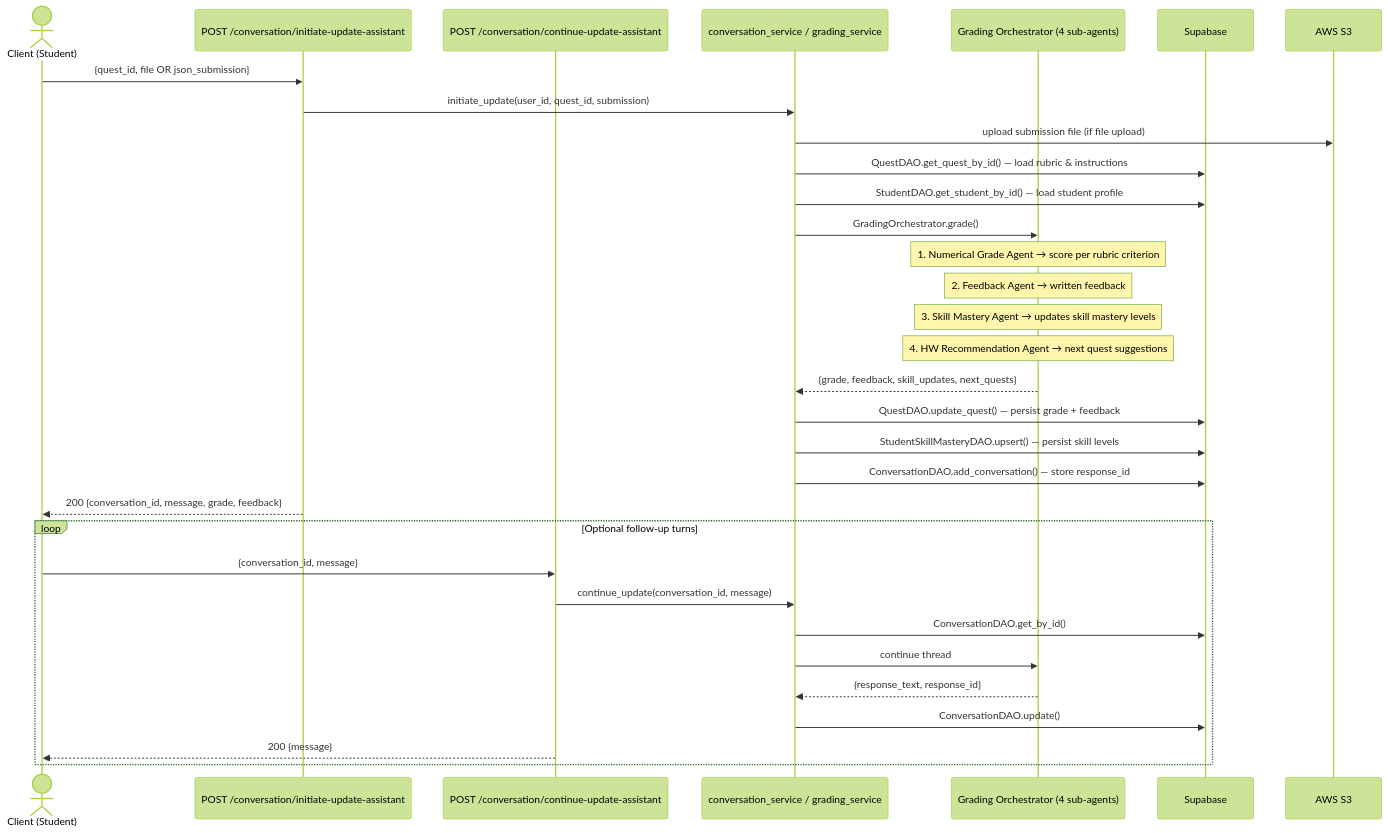
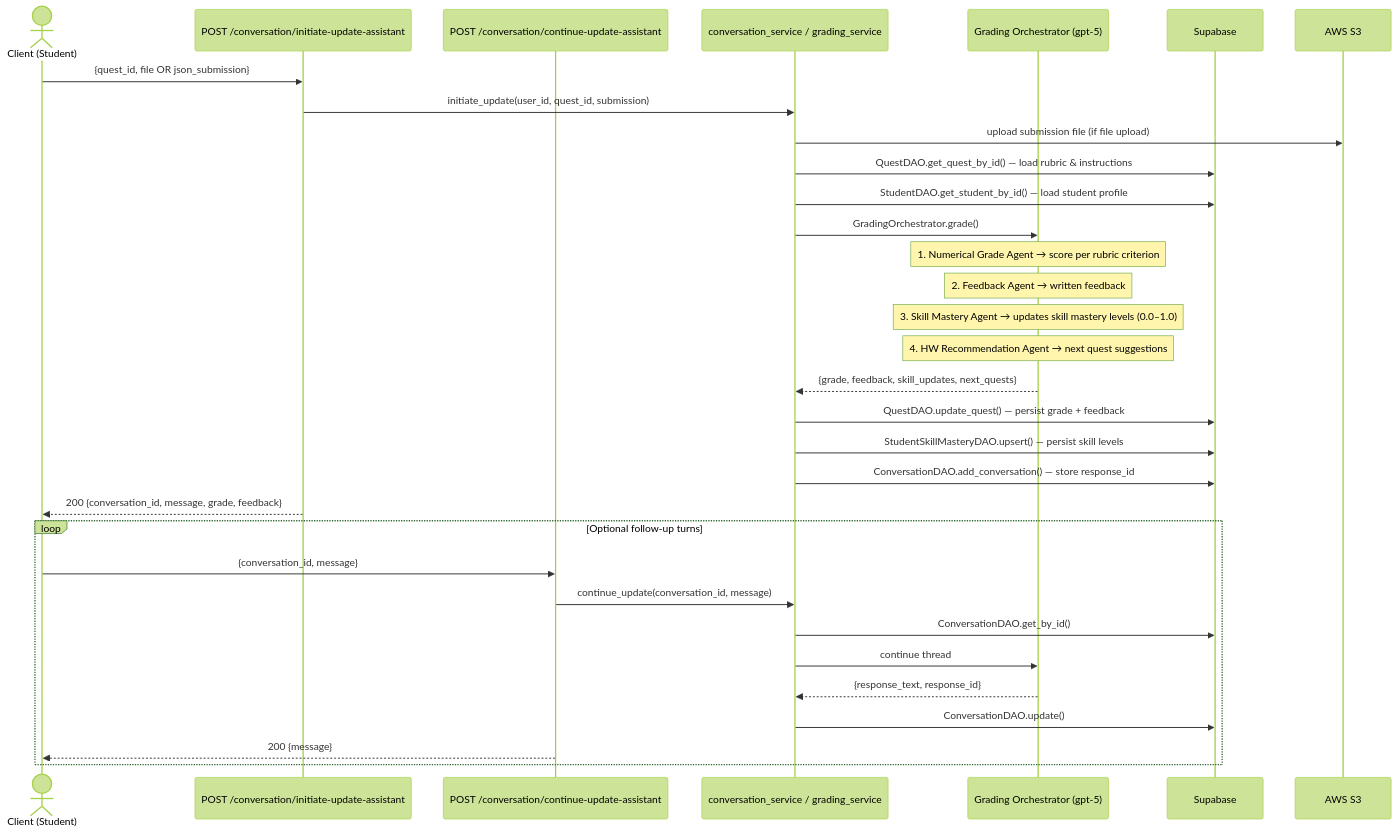
Before and after one commit to EduQuest-AI-Inc/eduquest-backend: the ninth of 22 diagrams in ARCHITECTURE.md, drawn with Mermaid (forest theme). The commit also changed other lines of this file, not shown here.

````diff
--- a/ARCHITECTURE.md
+++ b/ARCHITECTURE.md
@@ -245,36 +248,36 @@
 ```mermaid
 sequenceDiagram
     actor C as Client (Student)
     participant R1 as POST /conversation/initiate-update-assistant
     participant R2 as POST /conversation/continue-update-assistant
     participant S as conversation_service / grading_service
-    participant AI as Grading Orchestrator (4 sub-agents)
+    participant AI as Grading Orchestrator (gpt-5)
     participant DB as Supabase
     participant S3 as AWS S3
 
     C->>R1: {quest_id, file OR json_submission}
     R1->>S: initiate_update(user_id, quest_id, submission)
     S->>S3: upload submission file (if file upload)
     S->>DB: QuestDAO.get_quest_by_id()  — load rubric & instructions
     S->>DB: StudentDAO.get_student_by_id()  — load student profile
     S->>AI: GradingOrchestrator.grade()
     Note over AI: 1. Numerical Grade Agent  → score per rubric criterion
     Note over AI: 2. Feedback Agent         → written feedback
-    Note over AI: 3. Skill Mastery Agent    → updates skill mastery levels
+    Note over AI: 3. Skill Mastery Agent    → updates skill mastery levels (0.0–1.0)
     Note over AI: 4. HW Recommendation Agent → next quest suggestions
     AI-->>S: {grade, feedback, skill_updates, next_quests}
     S->>DB: QuestDAO.update_quest()  — persist grade + feedback
     S->>DB: StudentSkillMasteryDAO.upsert()  — persist skill levels
     S->>DB: ConversationDAO.add_conversation()  — store response_id
     R1-->>C: 200  {conversation_id, message, grade, feedback}
 
     loop Optional follow-up turns
         C->>R2: {conversation_id, message}
         R2->>S: continue_update(conversation_id, message)
         S->>DB: ConversationDAO.get_by_id()
         S->>AI: continue thread
         AI-->>S: {response_text, response_id}
         S->>DB: ConversationDAO.update()
         R2-->>C: 200  {message}
     end
 ```
````
